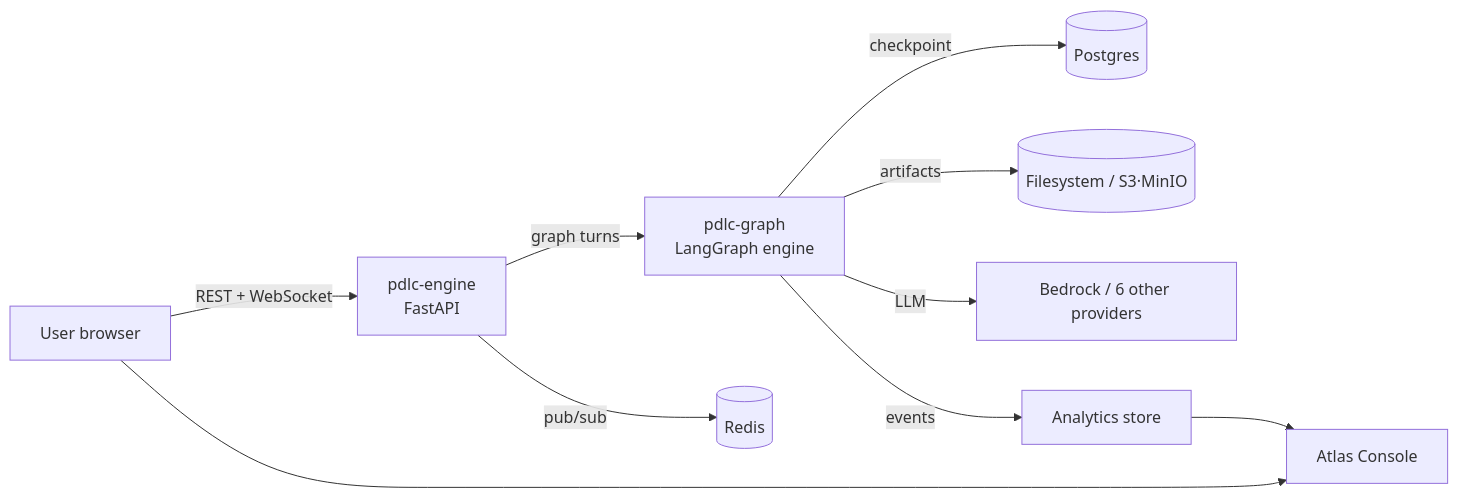
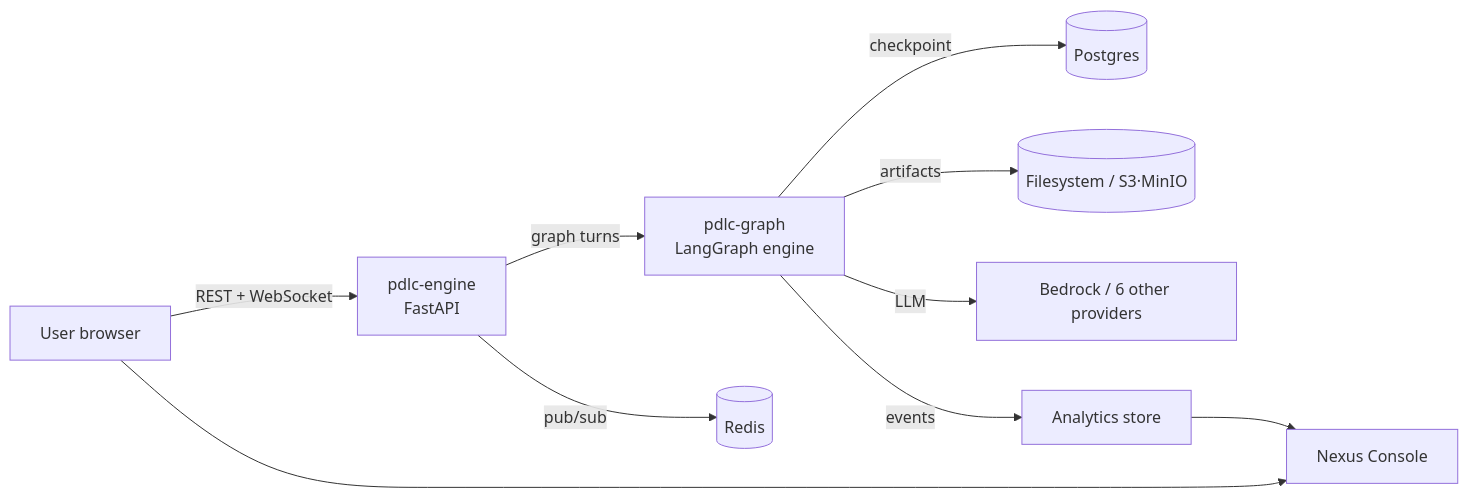
One commit to pdlc-os/pdlcflow changed the diagram in docs/wiki/README.md. Above: the diagram before and after it, drawn with Mermaid. The commit also changed other lines of this file and 24 other files, not shown here.

First line of the commit message:
docs+ui: rename 'Atlas Console' → 'Nexus Console' (avoid clash with Atlas the agent)

````diff
--- a/docs/wiki/README.md
+++ b/docs/wiki/README.md
@@ -11,12 +11,12 @@
 ```mermaid
 graph LR
   U[User browser] -->|REST + WebSocket| ENG[pdlc-engine<br/>FastAPI]
   ENG -->|graph turns| GRAPH[pdlc-graph<br/>LangGraph engine]
   GRAPH -->|checkpoint| PG[(Postgres)]
   ENG -->|pub/sub| RED[(Redis)]
   GRAPH -->|artifacts| OBJ[(Filesystem / S3·MinIO)]
   GRAPH -->|LLM| LLM[Bedrock / 6 other providers]
   GRAPH -->|events| AN[Analytics store]
-  AN --> ATLAS[Atlas Console]
+  AN --> ATLAS[Nexus Console]
   U --> ATLAS
 ```
````
